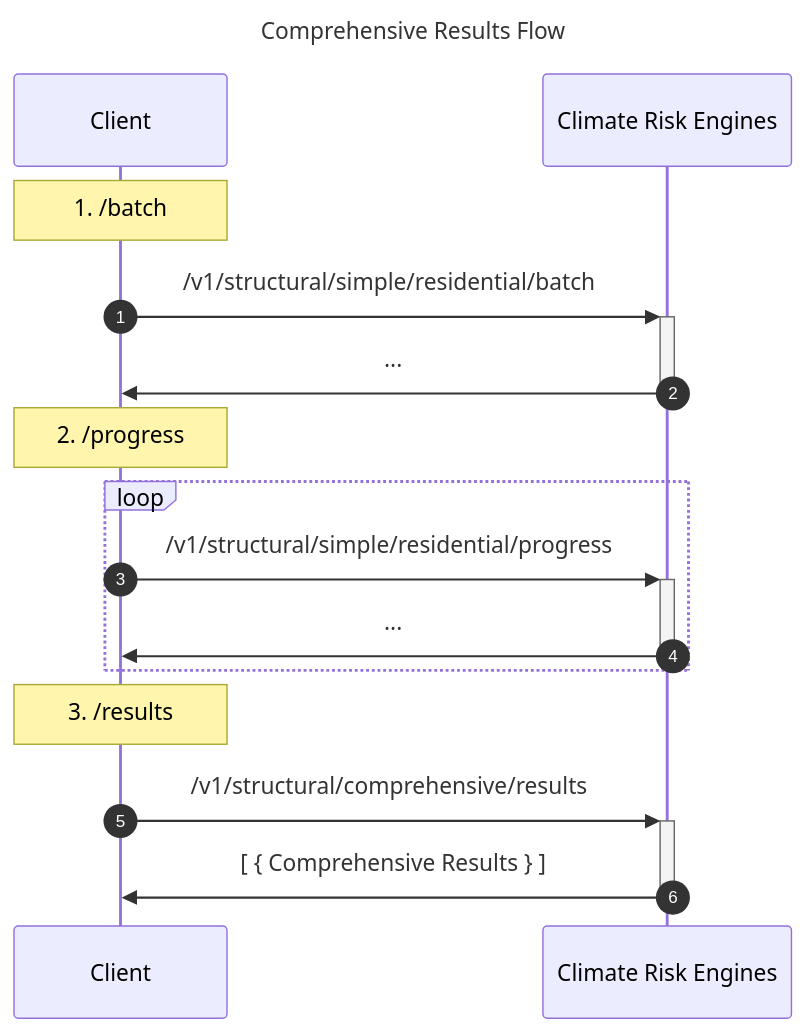
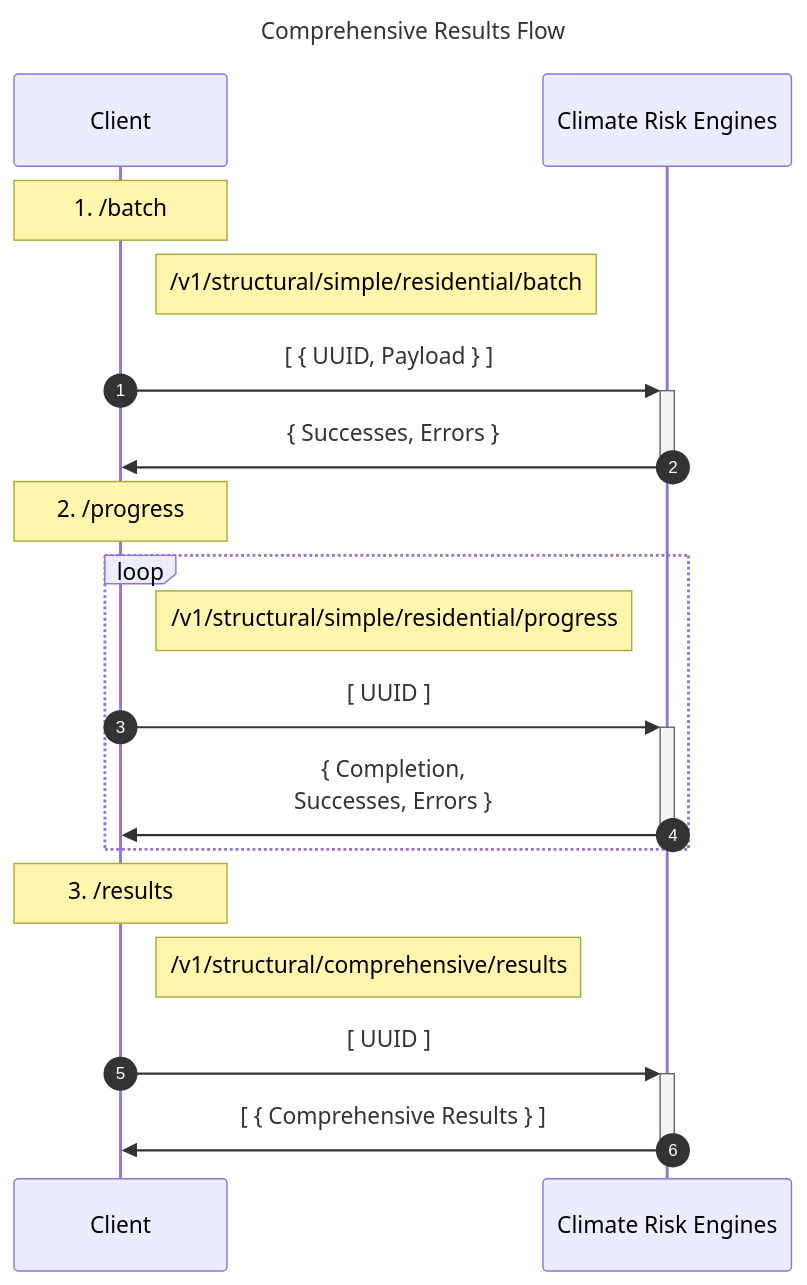
Before and after one commit to climatica/api-documentation: the second of 2 diagrams in README.md, drawn with Mermaid.

Commit message:
Specify consistent payload as UUID list

````diff
--- a/README.md
+++ b/README.md
@@ -108,31 +108,27 @@
 ```mermaid
 sequenceDiagram
     title: Comprehensive Results Flow
     autonumber
     participant C as Client
     participant E as Climate Risk Engines
 
 	Note over C: 1. /batch
 
-    C->>+E: /v1/structural/simple/residential/batch
-    E->>-C: ...
+	Note right of C: /v1/structural/simple/residential/batch
+    C->>+E: [ { UUID, Payload } ]
+    E->>-C: { Successes, Errors }
 
 	Note over C: 2. /progress
 
     loop
-        C->>+E: /v1/structural/simple/residential/progress
-        E->>-C: ...
+		Note right of C: /v1/structural/simple/residential/progress
+        C->>+E: [ UUID ]
+        E->>-C: { Completion, <br> Successes, Errors }
     end
 
     Note over C: 3. /results
 
-	%% opt Comprehensive Results
-	C->>+E: /v1/structural/comprehensive/results
+	Note right of C: /v1/structural/comprehensive/results
+	C->>+E: [ UUID ]
 	E->>-C: [ { Comprehensive Results } ]
-	%% end
-
-	%% opt Simple Results
-	%% 	C->>+E: /v1/structural/simple/residential/results
-	%% 	E->>-C: [ { Simple Results } ]
-	%% end
 ```
````
